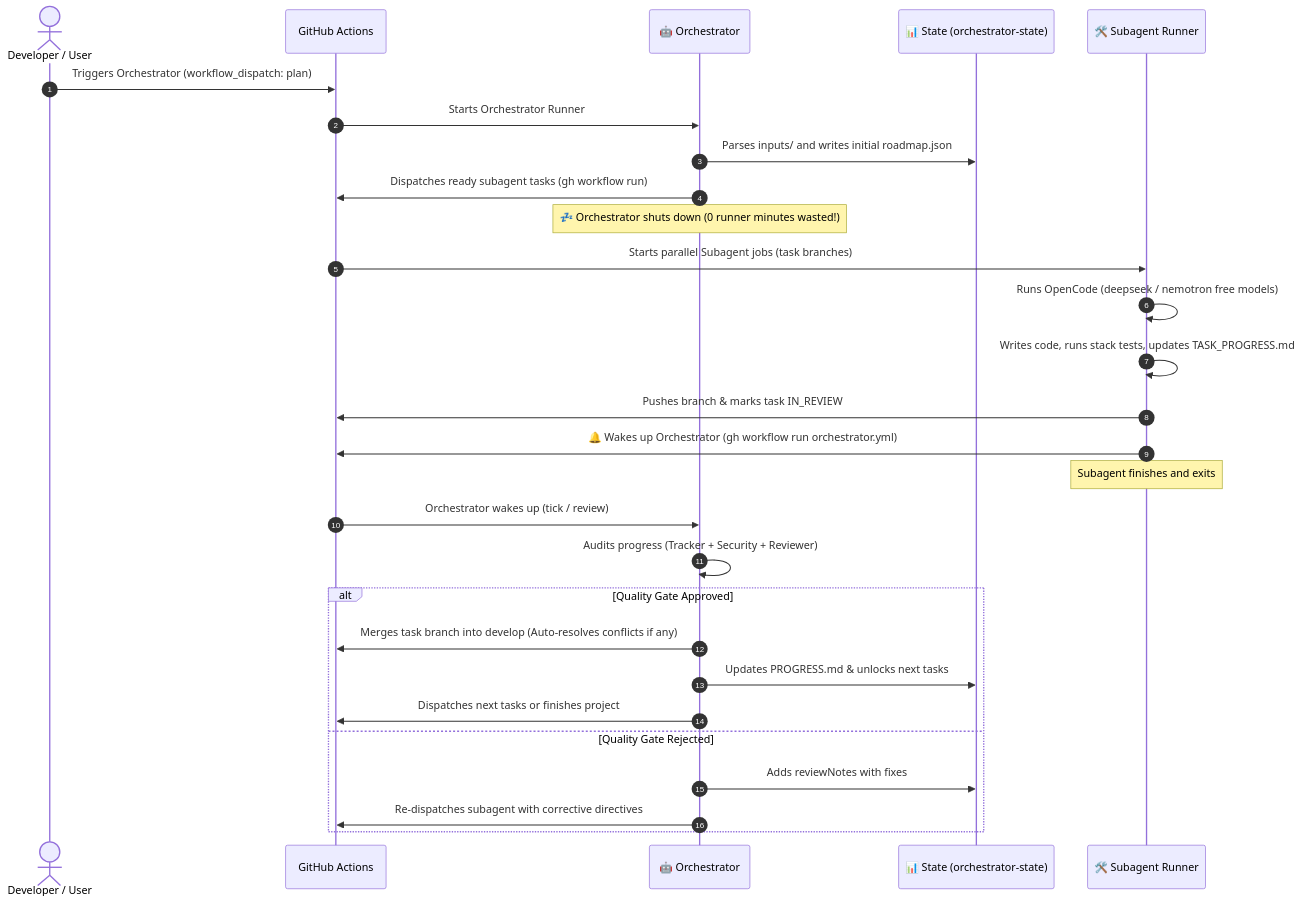
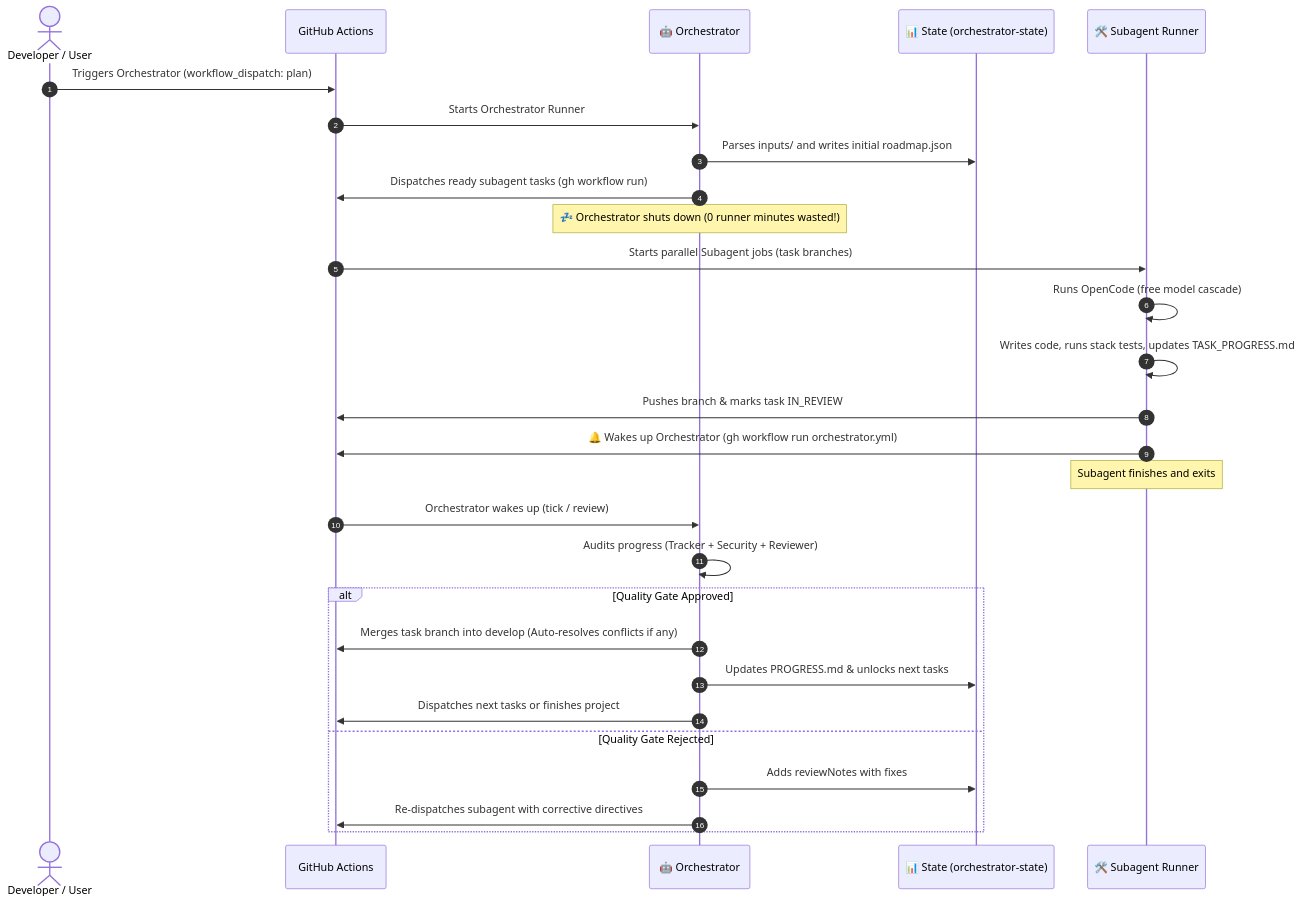
Before and after one commit to Taiizor/Orchestrator: the second of 3 diagrams in ARCHITECTURE.md, drawn with Mermaid. The commit also changed other lines of this file and 4 other files, not shown here.

First line of the commit message:
Make the free-model fallback chain context-window aware

````diff
--- a/ARCHITECTURE.md
+++ b/ARCHITECTURE.md
@@ -66,33 +66,33 @@
 ```mermaid
 sequenceDiagram
     autonumber
     actor User as Developer / User
     participant GH as GitHub Actions
     participant Orch as 🤖 Orchestrator
     participant State as 📊 State (orchestrator-state)
     participant Sub as 🛠️ Subagent Runner
 
     User->>GH: Triggers Orchestrator (workflow_dispatch: plan)
     GH->>Orch: Starts Orchestrator Runner
     Orch->>State: Parses inputs/ and writes initial roadmap.json
     Orch->>GH: Dispatches ready subagent tasks (gh workflow run)
     Note over Orch: 💤 Orchestrator shuts down (0 runner minutes wasted!)
 
     GH->>Sub: Starts parallel Subagent jobs (task branches)
-    Sub->>Sub: Runs OpenCode (deepseek / nemotron free models)
+    Sub->>Sub: Runs OpenCode (free model cascade)
     Sub->>Sub: Writes code, runs stack tests, updates TASK_PROGRESS.md
     Sub->>GH: Pushes branch & marks task IN_REVIEW
     Sub->>GH: 🔔 Wakes up Orchestrator (gh workflow run orchestrator.yml)
     Note over Sub: Subagent finishes and exits
 
     GH->>Orch: Orchestrator wakes up (tick / review)
     Orch->>Orch: Audits progress (Tracker + Security + Reviewer)
     alt Quality Gate Approved
         Orch->>GH: Merges task branch into develop (Auto-resolves conflicts if any)
         Orch->>State: Updates PROGRESS.md & unlocks next tasks
         Orch->>GH: Dispatches next tasks or finishes project
     else Quality Gate Rejected
         Orch->>State: Adds reviewNotes with fixes
         Orch->>GH: Re-dispatches subagent with corrective directives
     end
 ```
````
